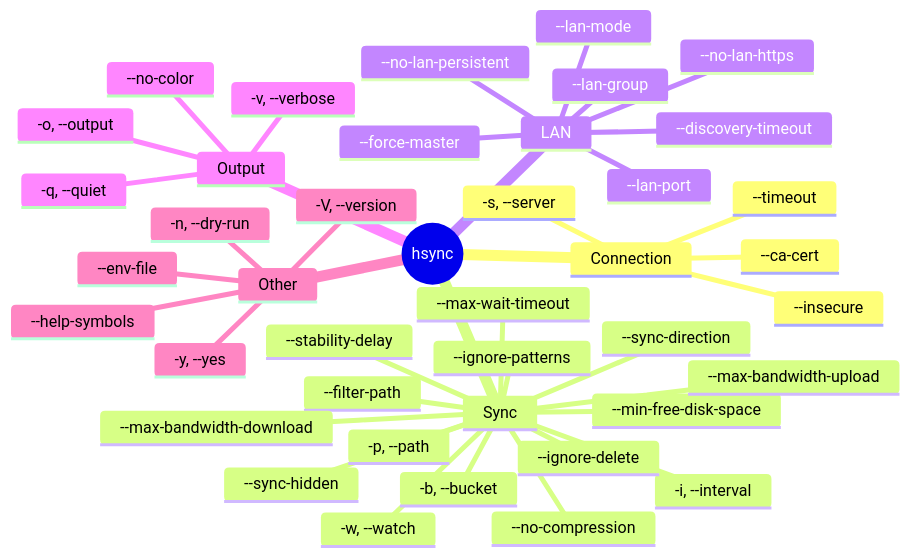
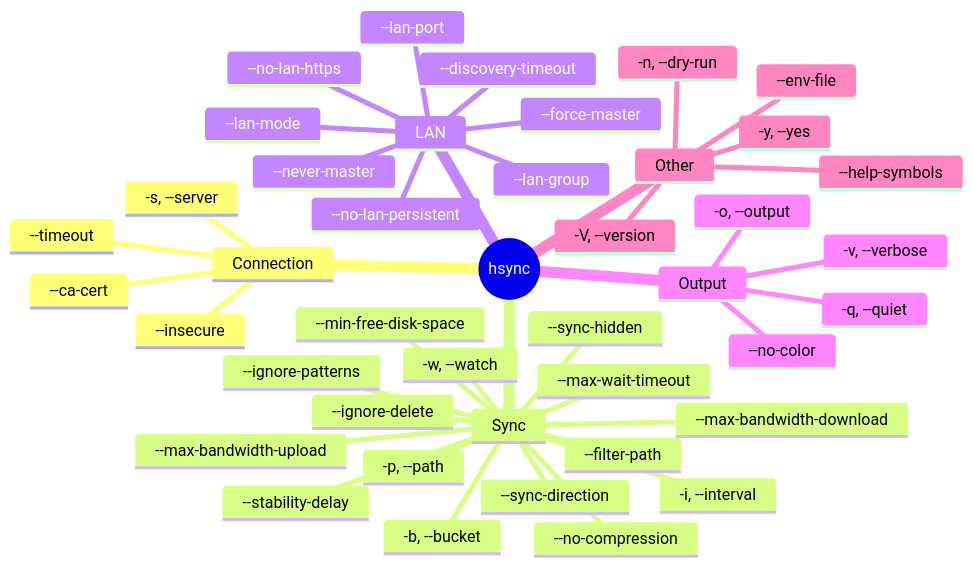
One commit to albertsdk/hsync-client changed the second of 3 diagrams in docs/usage.md. Above: the diagram before and after it, drawn with Mermaid. The commit also changed other lines of this file and 23 other files, not shown here.

Commit message:
feat(lan): add --never-master passive mode (CLI, config, election, mDNS, NO_MASTER warning, wd-os5 web UI, docs)

````diff
--- a/docs/usage.md
+++ b/docs/usage.md
@@ -44,44 +44,45 @@
 ```mermaid
 mindmap
   root((hsync))
     Connection
       -s, --server
       --timeout
       --ca-cert
       --insecure
     Sync
       -b, --bucket
       -p, --path
       -w, --watch
       -i, --interval
       --sync-direction
       --stability-delay
       --max-wait-timeout
       --filter-path
       --ignore-delete
       --sync-hidden
       --ignore-patterns
       --no-compression
       --min-free-disk-space
       --max-bandwidth-upload
       --max-bandwidth-download
     LAN
       --lan-mode
       --lan-port
       --lan-group
       --no-lan-https
       --no-lan-persistent
       --force-master
+      --never-master
       --discovery-timeout
     Output
       -v, --verbose
       -q, --quiet
       -o, --output
       --no-color
     Other
       -y, --yes
       -n, --dry-run
       --env-file
       -V, --version
       --help-symbols
 ```
````
